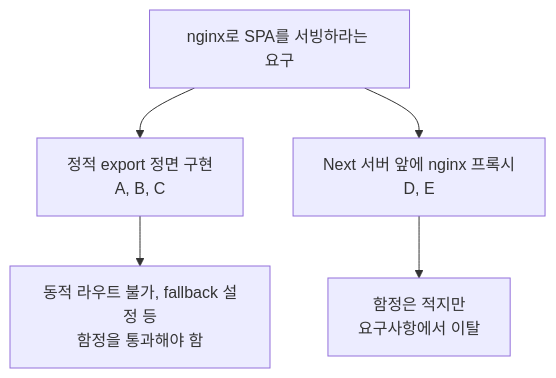
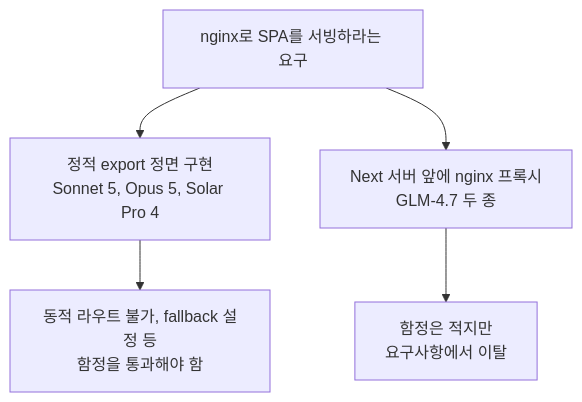
One commit to dotoryeee/blog changed the third of 3 diagrams in docs/blog/posts/AI/solar_pro4_coding_test.md. Above: the diagram before and after it, drawn with Mermaid. The commit also changed other lines of this file and 10 other files, not shown here.

````diff
--- a/docs/blog/posts/AI/solar_pro4_coding_test.md
+++ b/docs/blog/posts/AI/solar_pro4_coding_test.md
@@ -177,7 +177,7 @@
 ```mermaid
 flowchart TD
-    Q["nginx로 SPA를 서빙하라는 요구"] --> S1["정적 export 정면 구현<br/>A, B, C"]
-    Q --> S2["Next 서버 앞에 nginx 프록시<br/>D, E"]
+    Q["nginx로 SPA를 서빙하라는 요구"] --> S1["정적 export 정면 구현<br/>Sonnet 5, Opus 5, Solar Pro 4"]
+    Q --> S2["Next 서버 앞에 nginx 프록시<br/>GLM-4.7 두 종"]
     S1 --> T1["동적 라우트 불가, fallback 설정 등<br/>함정을 통과해야 함"]
     S2 --> T2["함정은 적지만<br/>요구사항에서 이탈"]
 ```
````
